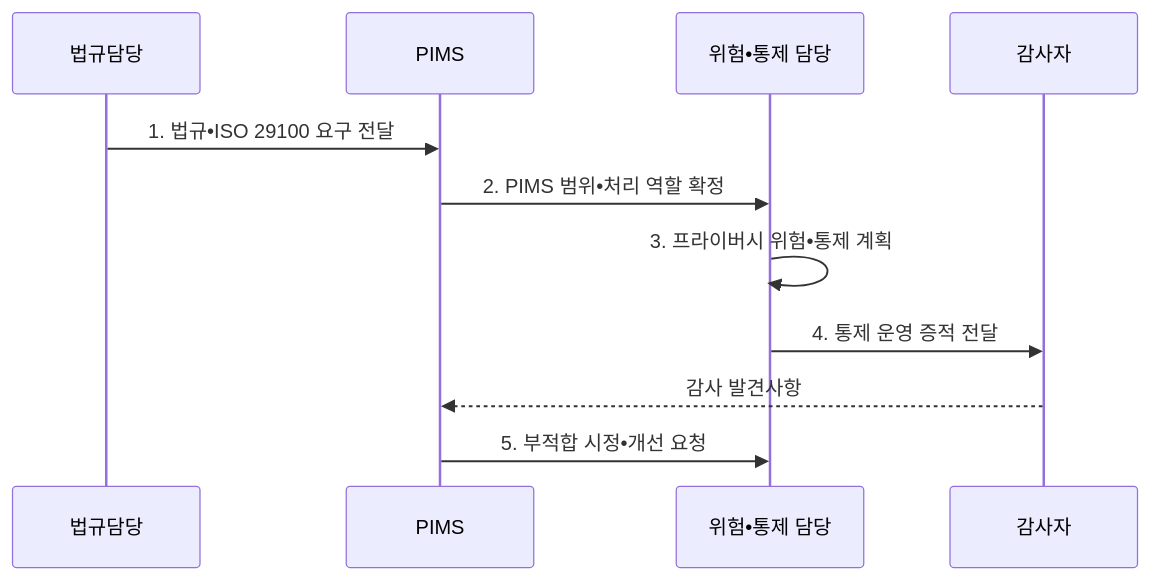
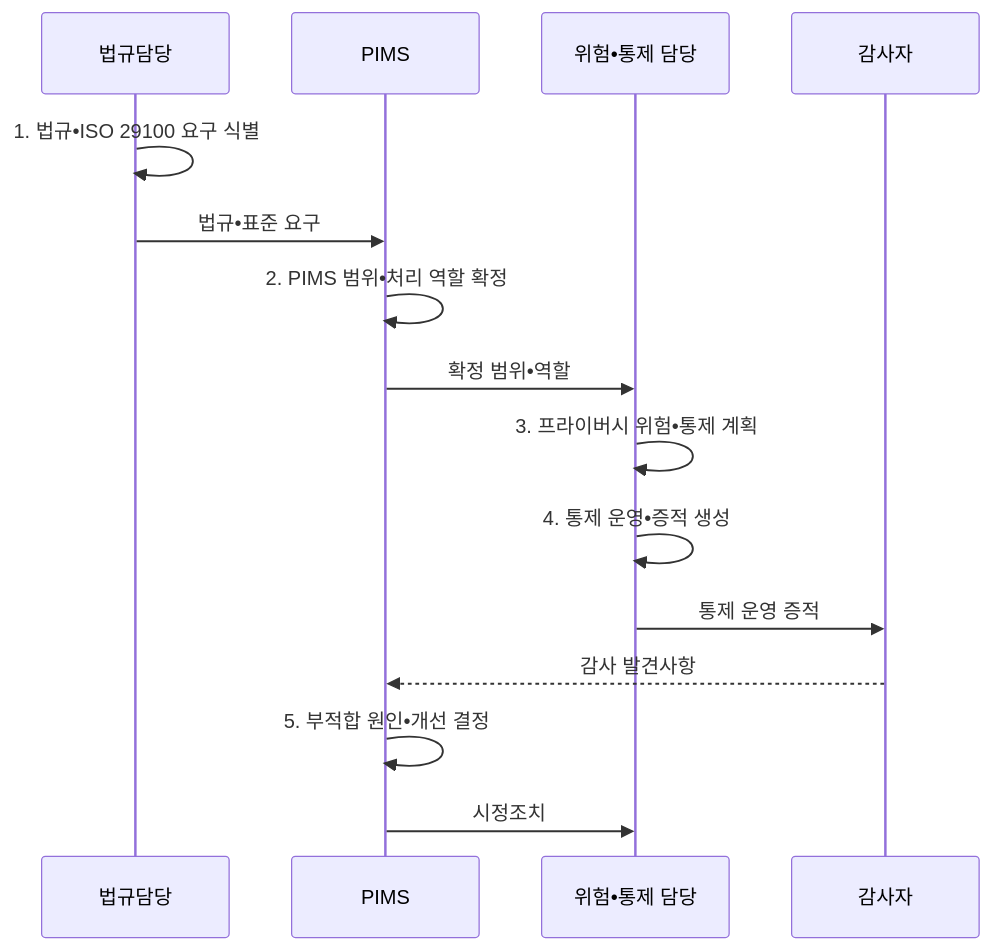
Before and after one commit to agnusdei1207/knowledge-base: the second of 2 diagrams in src/content/docs/notes/05-security/101_iso_29100_iso_27701.md, drawn with Mermaid. The commit also changed other lines of this file and 20 other files, not shown here.

````diff
--- a/src/content/docs/notes/05-security/101_iso_29100_iso_27701.md
+++ b/src/content/docs/notes/05-security/101_iso_29100_iso_27701.md
@@ -106,13 +106,17 @@
 ```mermaid
 sequenceDiagram
   participant L as 법규담당
   participant P as PIMS
   participant C as 위험•통제 담당
   participant A as 감사자
-  L->>P: 1. 법규•ISO 29100 요구 전달
-  P->>C: 2. PIMS 범위•처리 역할 확정
+  L->>L: 1. 법규•ISO 29100 요구 식별
+  L->>P: 법규•표준 요구
+  P->>P: 2. PIMS 범위•처리 역할 확정
+  P->>C: 확정 범위•역할
   C->>C: 3. 프라이버시 위험•통제 계획
-  C->>A: 4. 통제 운영 증적 전달
+  C->>C: 4. 통제 운영•증적 생성
+  C->>A: 통제 운영 증적
   A-->>P: 감사 발견사항
-  P->>C: 5. 부적합 시정•개선 요청
+  P->>P: 5. 부적합 원인•개선 결정
+  P->>C: 시정조치
 ```
````
